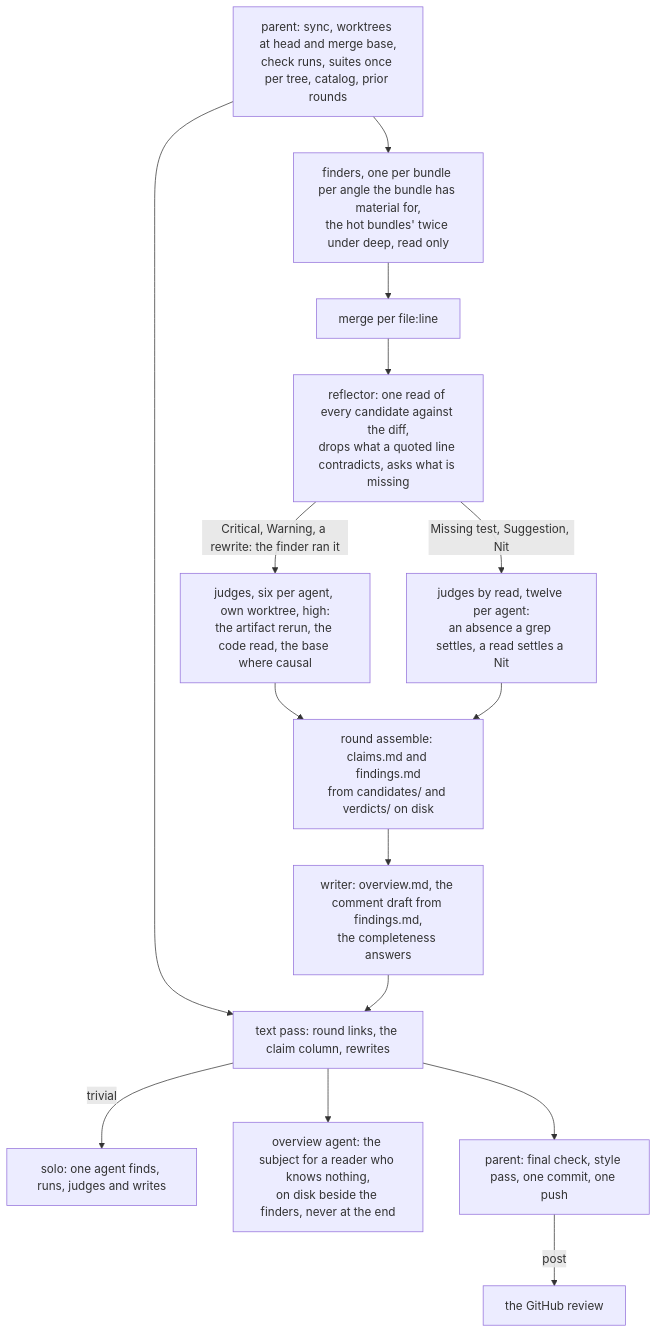
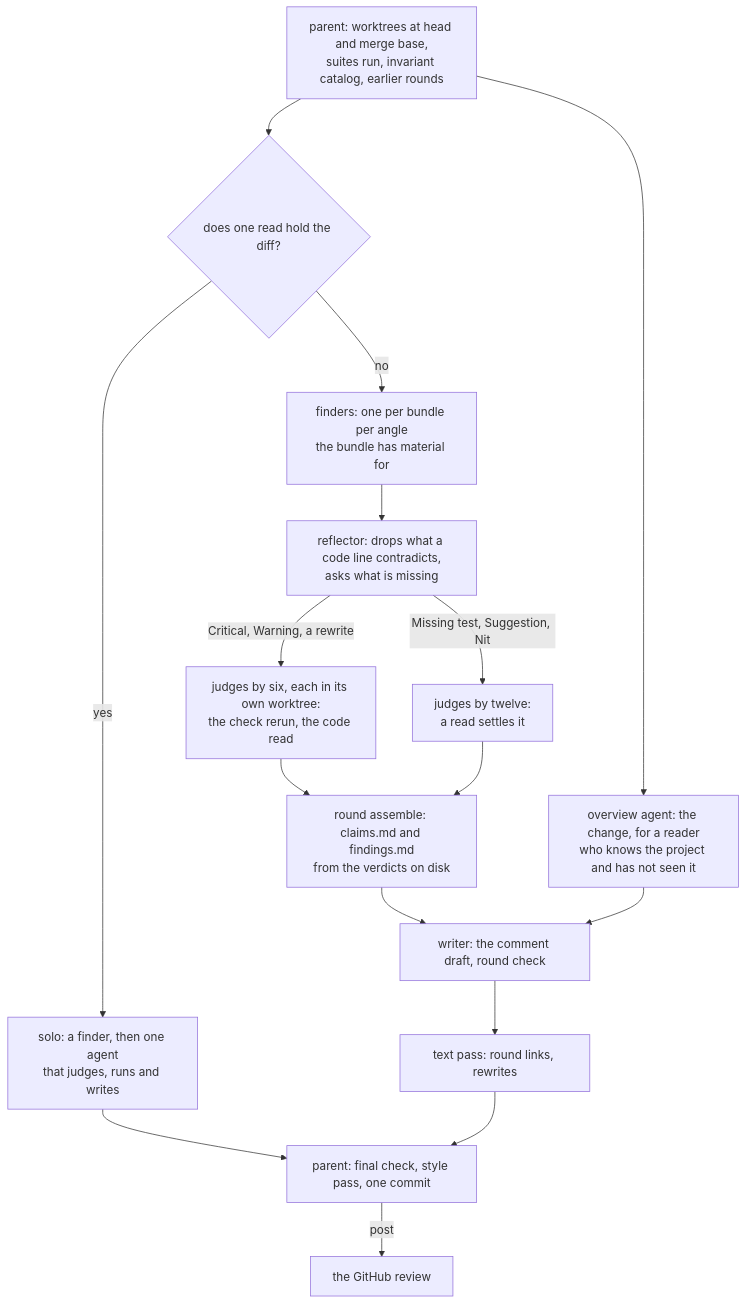
Before and after one commit to davd-gzl/skills: the diagram in README.md, drawn with Mermaid. The commit also changed other lines of this file and 2 other files, not shown here.

First line of the commit message:
README: rewritten for a first-time reader, site rebuilt

````diff
--- a/README.md
+++ b/README.md
@@ -116,17 +193,18 @@
 ```mermaid
 flowchart TD
-  P[parent: sync, worktrees at head and merge base,<br/>check runs, suites once per tree, catalog, prior rounds] --> F
-  P --> T[triage: one short read names the change's class,<br/>trivial, simple, normal or complex, and the class sets the shape]
-  T -->|trivial| X[solo: one agent finds, runs, judges and writes]
-  T --> O[overview agent: the subject for a reader who knows nothing,<br/>on disk beside the finders, never at the end]
-  F[finders, one per bundle per angle the bundle has material for,<br/>the hot bundles' twice under deep, read only] --> M[merge per file:line]
-  M --> R[reflector: one read of every candidate against the diff,<br/>drops what a quoted line contradicts, asks what is missing]
-  R -->|Critical, Warning, a rewrite: the finder ran it| J[judges, six per agent, own worktree, high:<br/>the artifact rerun, the code read, the base where causal]
-  R -->|Missing test, Suggestion, Nit| K[judges by read, twelve per agent:<br/>an absence a grep settles, a read settles a Nit]
-  J --> A[round assemble: claims.md and findings.md<br/>from candidates/ and verdicts/ on disk]
+  P[parent: worktrees at head and merge base,<br/>suites run, invariant catalog, earlier rounds] --> C{does one read hold the diff?}
+  P --> O[overview agent: the change, for a reader<br/>who knows the project and has not seen it]
+  C -->|yes| S[solo: a finder, then one agent<br/>that judges, runs and writes]
+  C -->|no| F[finders: one per bundle per angle<br/>the bundle has material for]
+  F --> R[reflector: drops what a code line contradicts,<br/>asks what is missing]
+  R -->|Critical, Warning, a rewrite| J[judges by six, each in its own worktree:<br/>the check rerun, the code read]
+  R -->|Missing test, Suggestion, Nit| K[judges by twelve:<br/>a read settles it]
+  J --> A[round assemble: claims.md and findings.md<br/>from the verdicts on disk]
   K --> A
-  A --> W[writer: overview.md, the comment draft from findings.md,<br/>the completeness answers]
-  W --> T[text pass: round links, the claim column, rewrites]
-  T --> Q[parent: final check, style pass, one commit, one push]
+  A --> W[writer: the comment draft, round check]
+  O --> W
+  W --> T[text pass: round links, rewrites]
+  T --> Q[parent: final check, style pass, one commit]
+  S --> Q
   Q -->|post| G[the GitHub review]
 ```
````
